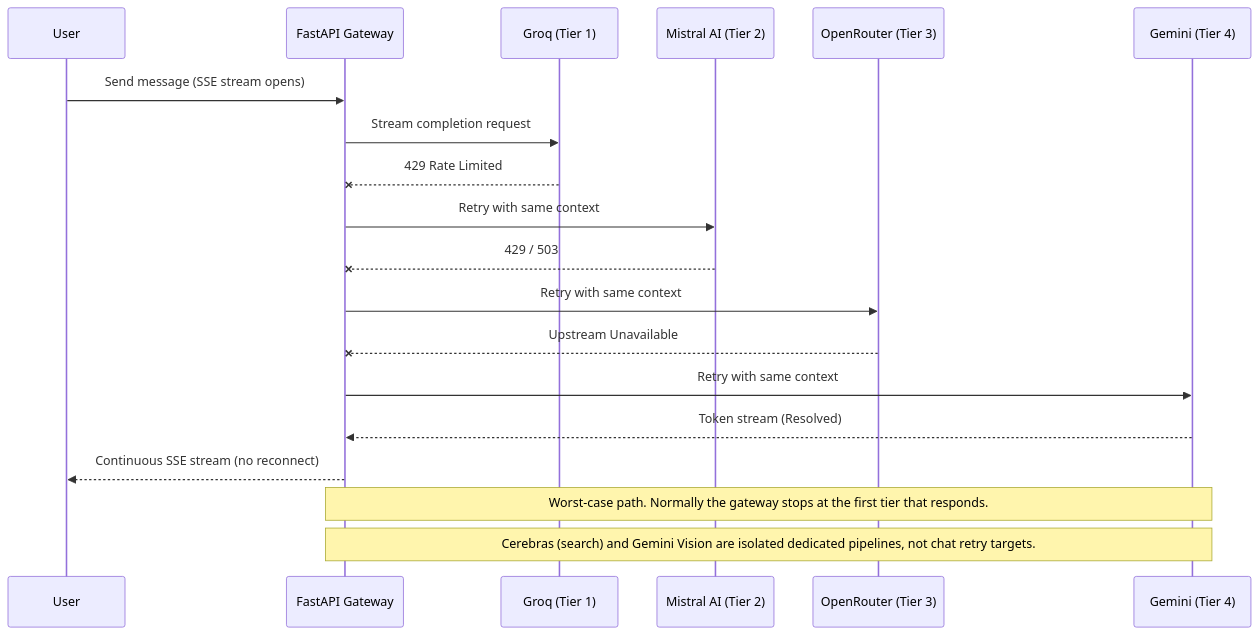
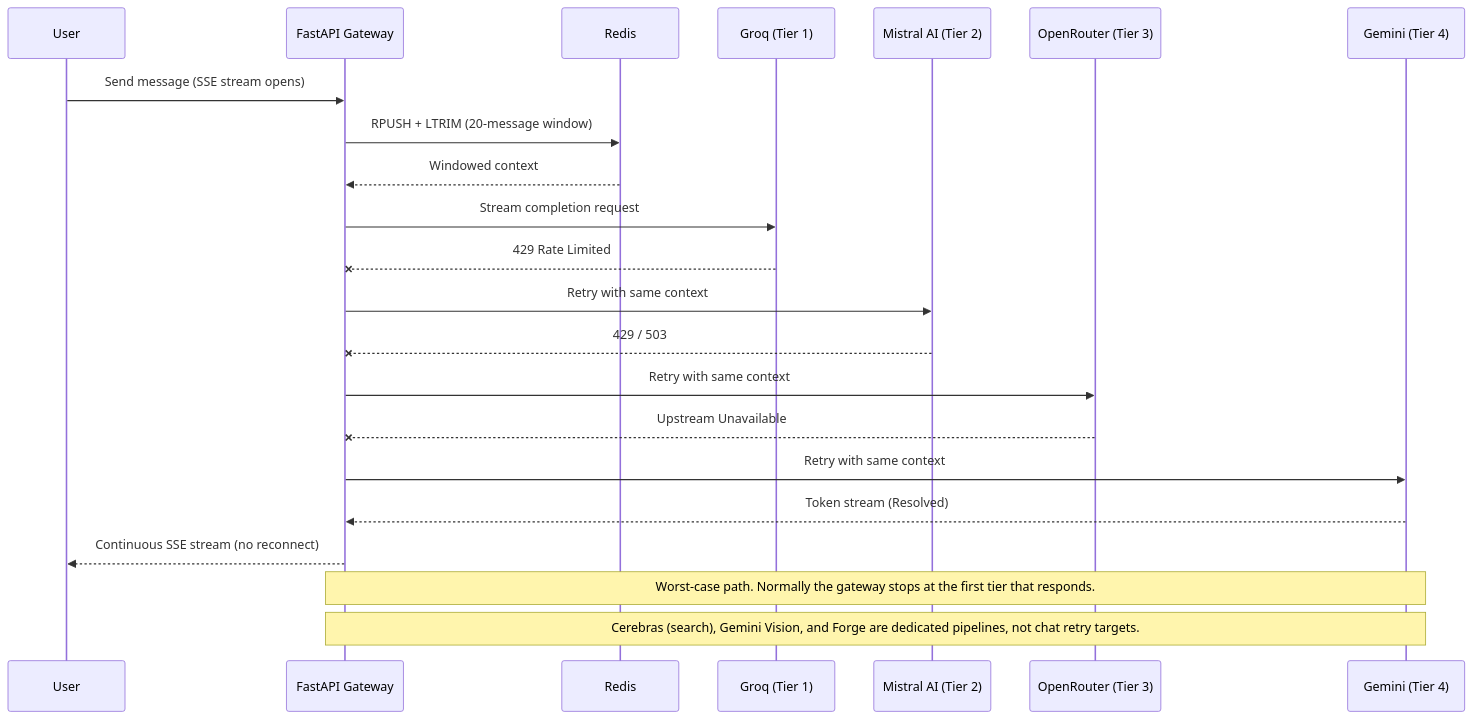
One commit to Md-Salik-Ubair/ubair-os changed the second of 2 diagrams in README.md. Above: the diagram before and after it, drawn with Mermaid. The commit also changed other lines of this file, not shown here.

Commit message:
fix: update quick chat header to Temporary Chat and lock ephemeral session

````diff
--- a/README.md
+++ b/README.md
@@ -164,23 +192,26 @@
 ```mermaid
 sequenceDiagram
     participant U as User
     participant G as FastAPI Gateway
+    participant R as Redis
     participant P1 as Groq (Tier 1)
     participant P2 as Mistral AI (Tier 2)
     participant P3 as OpenRouter (Tier 3)
     participant P4 as Gemini (Tier 4)
 
     U->>G: Send message (SSE stream opens)
+    G->>R: RPUSH + LTRIM (20-message window)
+    R-->>G: Windowed context
     G->>P1: Stream completion request
     P1--xG: 429 Rate Limited
     G->>P2: Retry with same context
     P2--xG: 429 / 503
     G->>P3: Retry with same context
     P3--xG: Upstream Unavailable
     G->>P4: Retry with same context
     P4-->>G: Token stream (Resolved)
     G-->>U: Continuous SSE stream (no reconnect)
 
     Note over G,P4: Worst-case path. Normally the gateway stops at the first tier that responds.
-    Note over G,P4: Cerebras (search) and Gemini Vision are isolated dedicated pipelines, not chat retry targets.
+    Note over G,P4: Cerebras (search), Gemini Vision, and Forge are dedicated pipelines, not chat retry targets.
 ```
````
